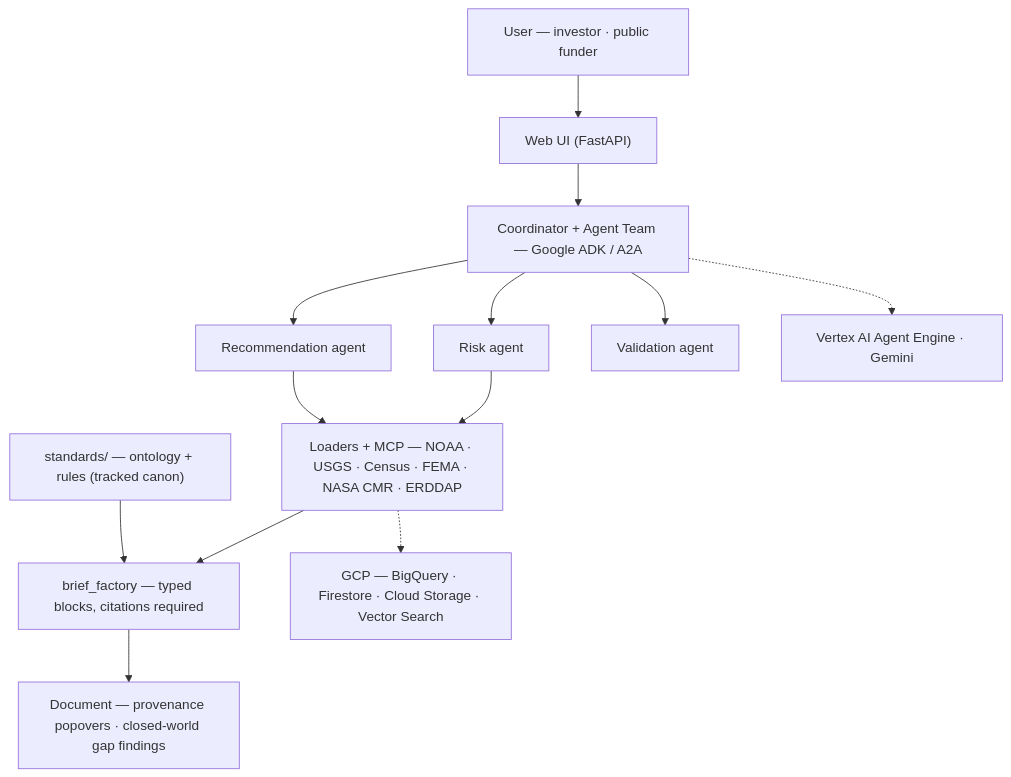
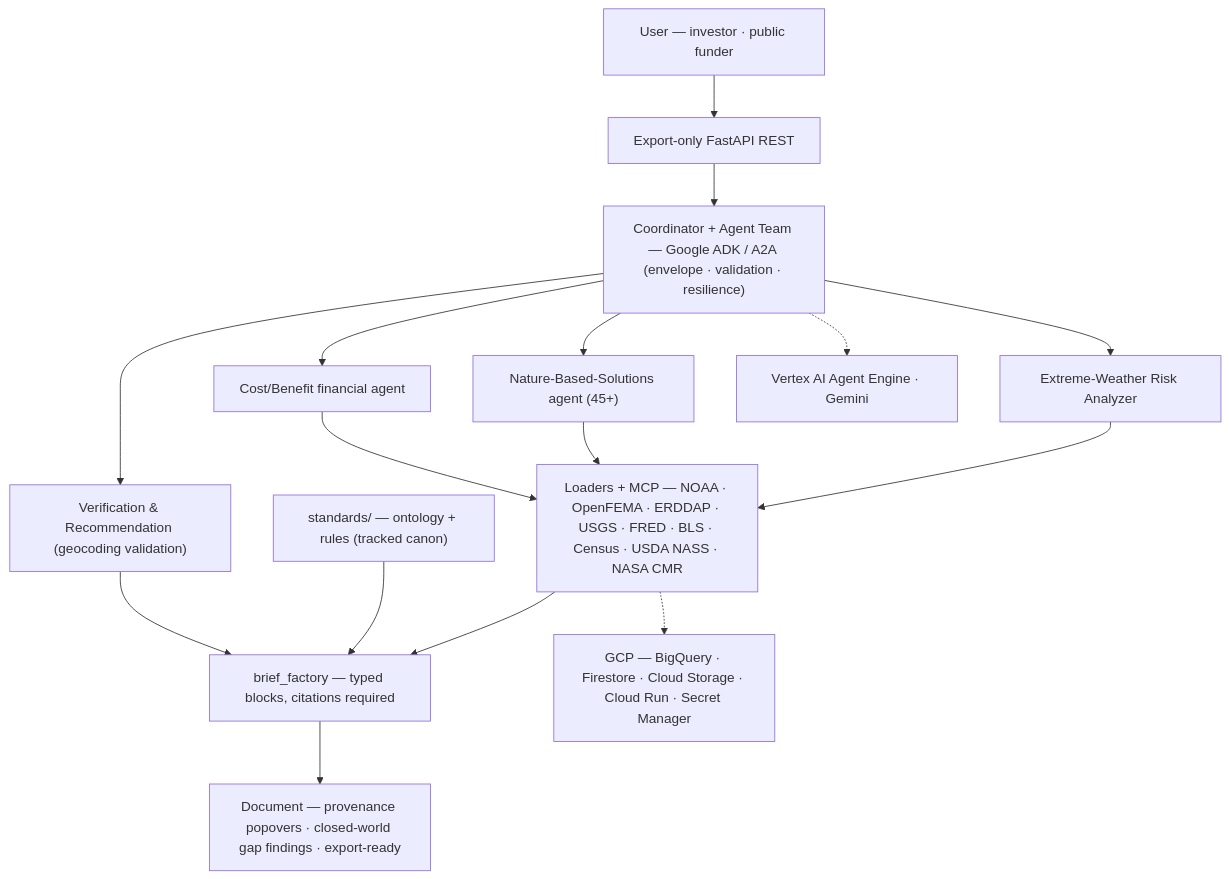
Before and after one commit to leighanne77/MAS_Extreme_Weather: the diagram in README.md, drawn with Mermaid. The commit also changed other lines of this file, not shown here.

Commit message:
README: align stack table and system diagram with CV vocabulary (ADK/A2A envelope+resilience, worker agents, data fusion, right-sized vector stores)

````diff
--- a/README.md
+++ b/README.md
@@ -24,15 +28,18 @@
 ```mermaid
 flowchart TB
-  U["User — investor · public funder"] --> W["Web UI (FastAPI)"]
-  W --> C["Coordinator + Agent Team — Google ADK / A2A"]
-  C --> A1["Risk agent"]
-  C --> A2["Recommendation agent"]
-  C --> A3["Validation agent"]
-  A1 --> L["Loaders + MCP — NOAA · USGS · Census · FEMA · NASA CMR · ERDDAP"]
+  U["User — investor · public funder"] --> W["Export-only FastAPI REST"]
+  W --> C["Coordinator + Agent Team — Google ADK / A2A (envelope · validation · resilience)"]
+  C --> A1["Extreme-Weather Risk Analyzer"]
+  C --> A2["Nature-Based-Solutions agent (45+)"]
+  C --> A3["Cost/Benefit financial agent"]
+  C --> A4["Verification & Recommendation (geocoding validation)"]
+  A1 --> L["Loaders + MCP — NOAA · OpenFEMA · ERDDAP · USGS · FRED · BLS · Census · USDA NASS · NASA CMR"]
   A2 --> L
+  A3 --> L
   L --> BF["brief_factory — typed blocks, citations required"]
   S["standards/ — ontology + rules (tracked canon)"] --> BF
-  BF --> DOC["Document — provenance popovers · closed-world gap findings"]
+  A4 --> BF
+  BF --> DOC["Document — provenance popovers · closed-world gap findings · export-ready"]
   C -.-> V["Vertex AI Agent Engine · Gemini"]
-  L -.-> G["GCP — BigQuery · Firestore · Cloud Storage · Vector Search"]
+  L -.-> G["GCP — BigQuery · Firestore · Cloud Storage · Cloud Run · Secret Manager"]
 ```
````
